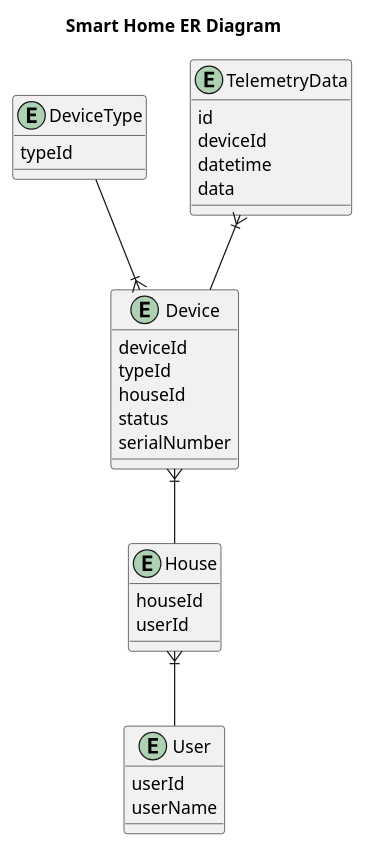
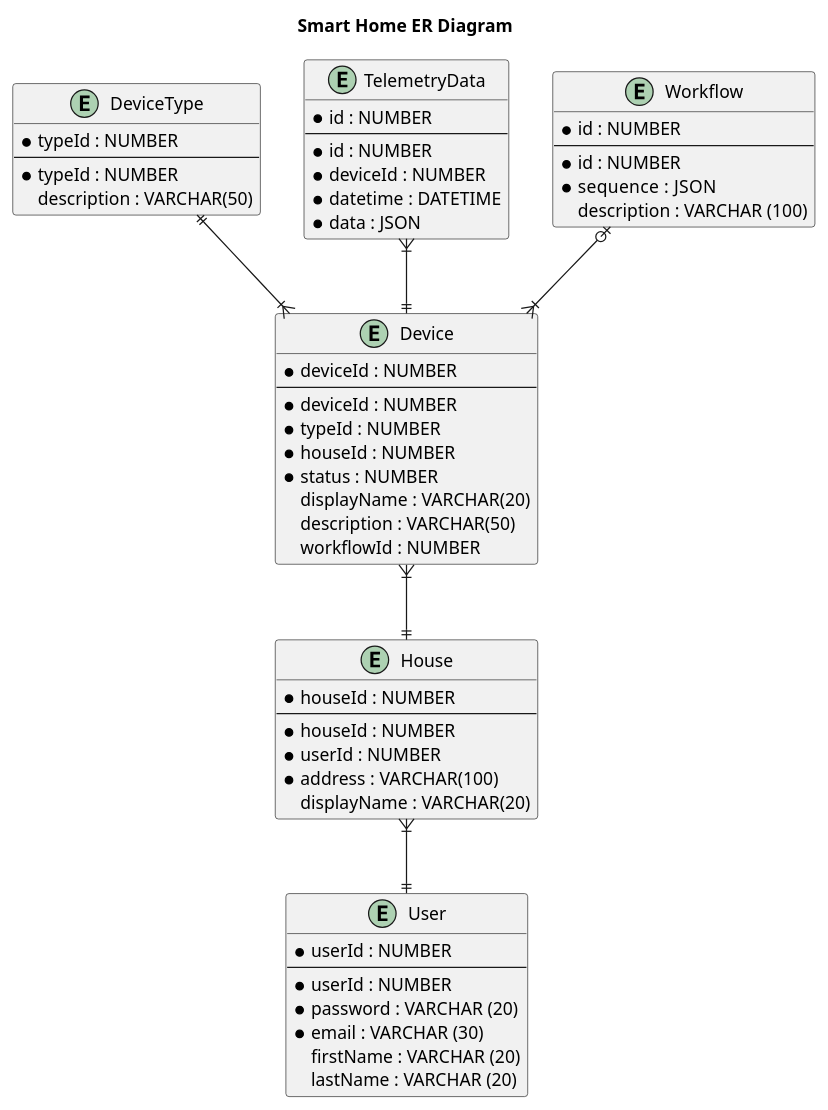
Before and after one commit to Natalia588/architecture-sprint-3: the diagram in diagrams/to-be/er.puml, drawn with PlantUML. The commit also changed 12 other files, not shown here.

```diff
--- a/diagrams/to-be/er.puml
+++ b/diagrams/to-be/er.puml
@@ -1,39 +1,65 @@
 @startuml
 title Smart Home ER Diagram
 
 entity User {
-  userId
-  userName
+  * userId : NUMBER
+  --
+  * userId : NUMBER
+  * password : VARCHAR (20)
+  * email : VARCHAR (30)
+  firstName : VARCHAR (20)
+  lastName : VARCHAR (20)
 }
 
 entity House {
-  houseId
-  userId
+  * houseId : NUMBER
+  --
+  * houseId : NUMBER
+  * userId : NUMBER
+  * address : VARCHAR(100)
+  displayName : VARCHAR(20)
 }
 
 entity Device {
-  deviceId
-  typeId
-  houseId
-  status
-  serialNumber
+  * deviceId : NUMBER
+  --
+  * deviceId : NUMBER
+  * typeId : NUMBER
+  * houseId : NUMBER
+  * status : NUMBER
+  displayName : VARCHAR(20)
+  description : VARCHAR(50)
+  workflowId : NUMBER
 }
 
 entity DeviceType {
-    typeId
+    * typeId : NUMBER
+    --
+    * typeId : NUMBER
+    description : VARCHAR(50)
 }
 
 entity TelemetryData {
-    id
-    deviceId
-    datetime
-    data
+    * id : NUMBER
+    --
+    * id : NUMBER
+    * deviceId : NUMBER
+    * datetime : DATETIME
+    * data : JSON
 }
 
+entity Workflow {
+    * id : NUMBER
+    --
+    * id : NUMBER
+    * sequence  : JSON
+    description : VARCHAR (100)
+}
 
-House }|-- User
-Device }|-- House
-DeviceType --|{ Device
-TelemetryData }|-- Device
+House }|--|| User
+Device }|--|| House
+DeviceType ||--|{ Device
+TelemetryData }|--|| Device
+Workflow |o--|{ Device
 
 @enduml
```
